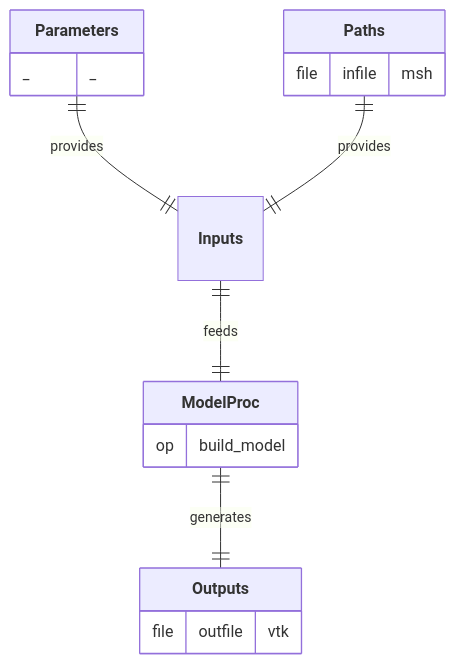
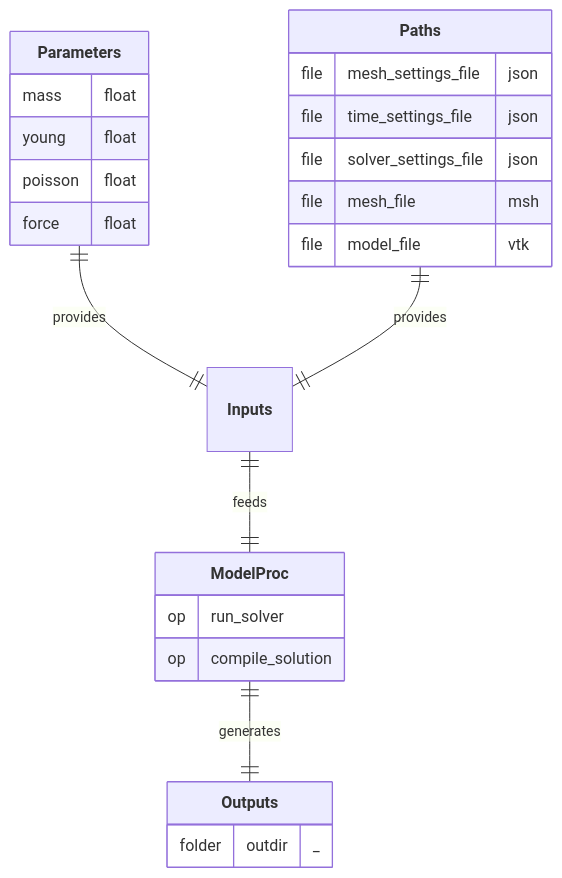
Before and after one commit to nuremics/sim-labs: the diagram in src/nuremics_labs/apps/simulation/CANTILEVER_SHEAR_APP/procs/SolverProc/README.md, drawn with Mermaid. The commit also changed other lines of this file and 6 other files, not shown here.

````diff
--- a/src/nuremics_labs/apps/simulation/CANTILEVER_SHEAR_APP/procs/SolverProc/README.md
+++ b/src/nuremics_labs/apps/simulation/CANTILEVER_SHEAR_APP/procs/SolverProc/README.md
@@ -14,20 +15,28 @@
 ```mermaid
 erDiagram
   **Parameters** ||--|| **Inputs** : provides
   **Paths** ||--|| **Inputs** : provides
   **Inputs** ||--|| **ModelProc** : feeds
   **ModelProc** ||--|| **Outputs** : generates
 
   **Parameters** {
-    _ _
+    mass float
+    young float
+    poisson float
+    force float
   }
   **Paths** {
-    file infile "msh"
+    file mesh_settings_file "json"
+    file time_settings_file "json"
+    file solver_settings_file "json"
+    file mesh_file "msh"
+    file model_file "vtk"
   }
   **ModelProc** {
-    op build_model
+    op run_solver
+    op compile_solution
   }
   **Outputs** {
-    file outfile "vtk"
+    folder outdir "_"
   }
 ```
````
